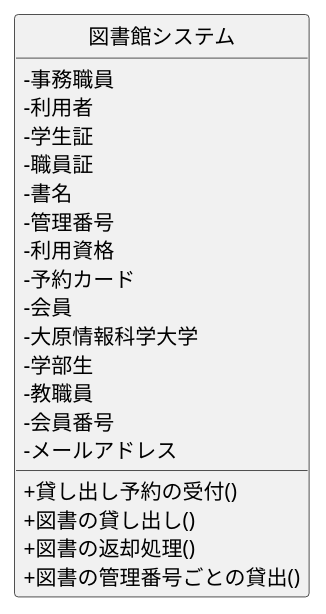
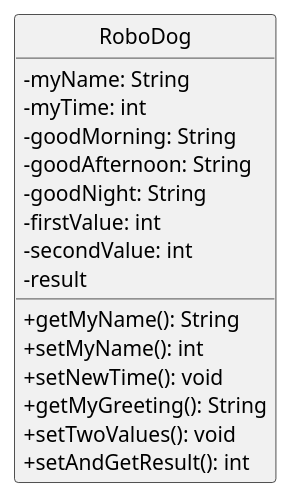
Before and after one commit to otsukaasahi/ohara_uml: the diagram in 06_robo_dog/06_robo_dog/class.pu, drawn with PlantUML. The commit also changed 2 other files, not shown here.

```diff
--- a/06_robo_dog/06_robo_dog/class.pu
+++ b/06_robo_dog/06_robo_dog/class.pu
@@ -1,27 +1,23 @@
 @startuml Robodogクラス図
 skinparam classAttributeIconSize 0
 hide circle
-
-class 図書館システム {
- -事務職員
- -利用者
- -学生証
- -職員証
- -書名
- -管理番号
- -利用資格
- -予約カード
- -会員
- -大原情報科学大学
- -学部生
- -教職員
- -会員番号
- -メールアドレス
-
- +貸し出し予約の受付()
- +図書の貸し出し()
- +図書の返却処理()
- +図書の管理番号ごとの貸出()
+ 
+class RoboDog {
+-myName: String
+-myTime: int
+-goodMorning: String
+-goodAfternoon: String
+-goodNight: String
+-firstValue: int
+-secondValue: int
+-result
+ 
++getMyName(): String
++setMyName(): int
++setNewTime(): void
++getMyGreeting(): String
++setTwoValues(): void
++setAndGetResult(): int
 }
-
+ 
 @enduml
```
